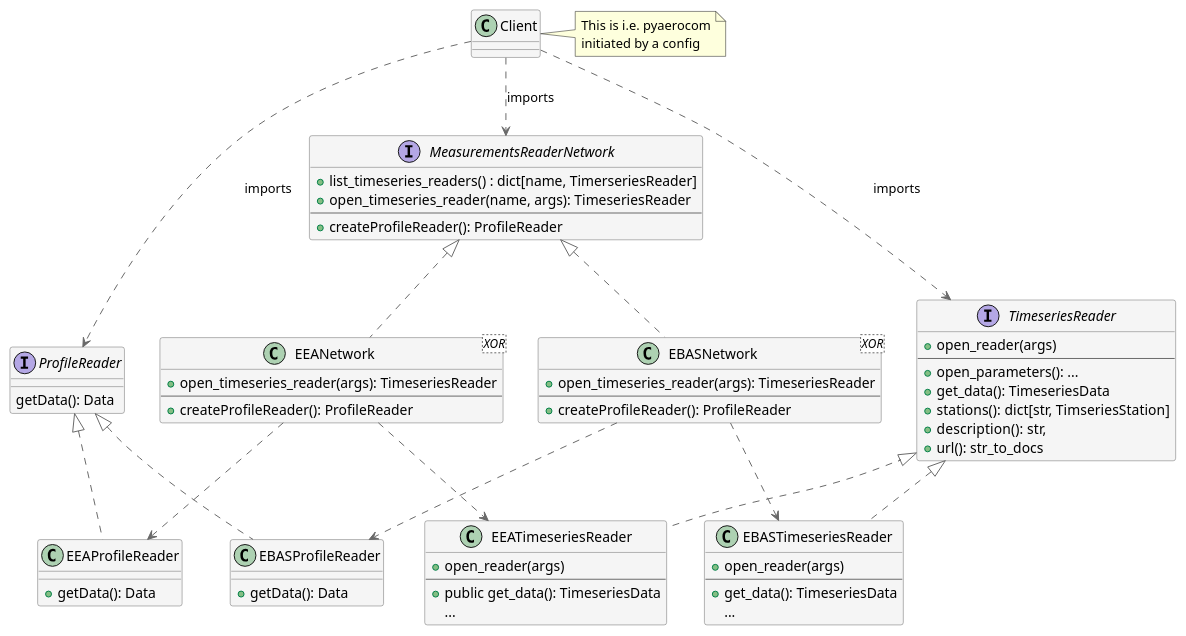
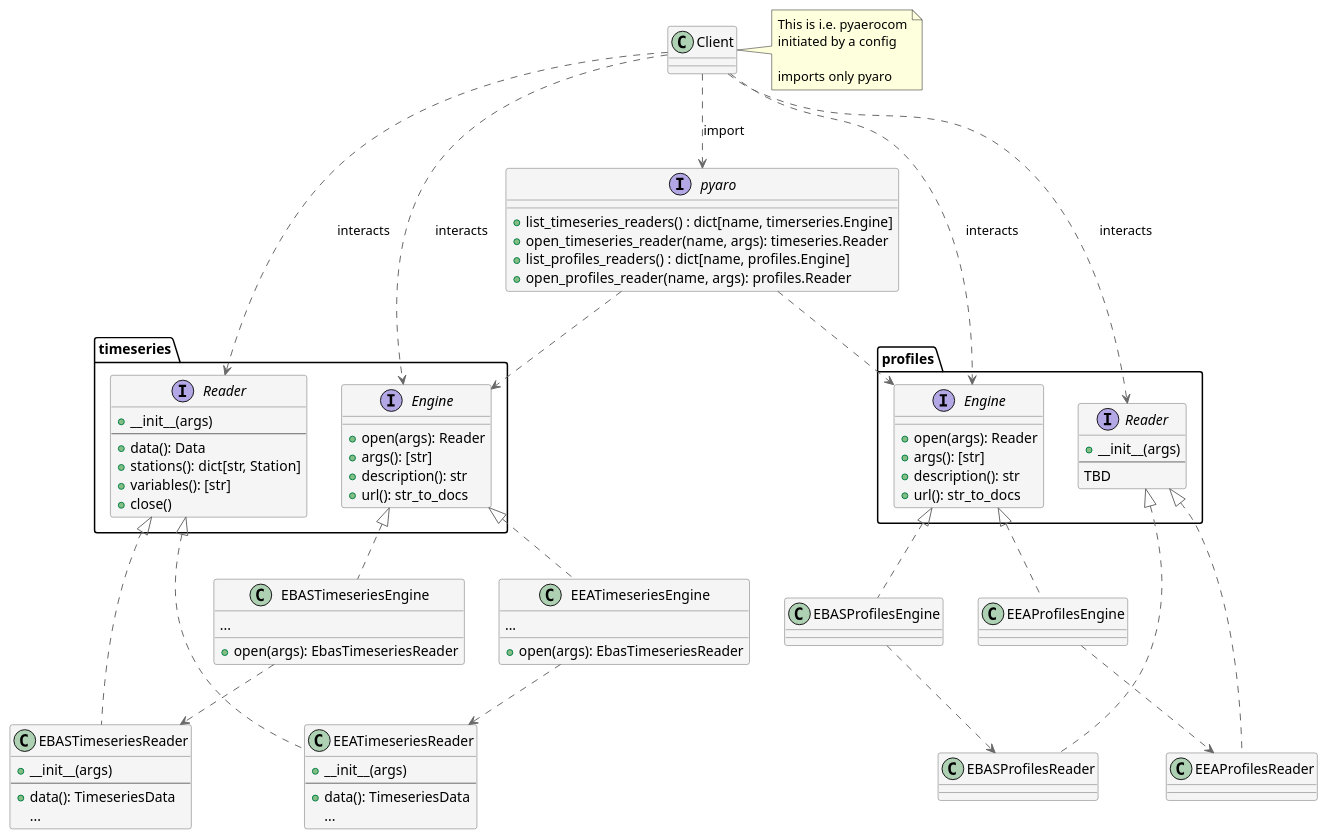
Before and after one commit to metno/pyaro: the diagram in docs/puml/ReaderFactory.puml, drawn with PlantUML. The commit also changed 5 other files, not shown here.

```diff
--- a/docs/puml/ReaderFactory.puml
+++ b/docs/puml/ReaderFactory.puml
@@ -1,94 +1,114 @@
 @startuml
 
 skinparam class {
   backgroundColor whitesmoke
   arrowColor dimgrey
   borderColor dimgrey
 }
 
 ' Abstract Factory Patter
 ' Factory -> MeasurementNetwork
 
 class Client
 note right of Client
 This is i.e. pyaerocom
 initiated by a config
+
+imports only pyaro
 end note
 
-interface MeasurementsReaderNetwork {
-  + list_timeseries_readers() : dict[name, TimerseriesReader]
-  + open_timeseries_reader(name, args): TimeseriesReader
-  --
-  + createProfileReader(): ProfileReader
+interface pyaro {
+  + list_timeseries_readers() : dict[name, timerseries.Engine]
+  + open_timeseries_reader(name, args): timeseries.Reader
+  + list_profiles_readers() : dict[name, profiles.Engine]
+  + open_profiles_reader(name, args): profiles.Reader
 }
 
-class EBASNetwork <XOR> {
-  + open_timeseries_reader(args): TimeseriesReader
-  --
-  + createProfileReader(): ProfileReader
-}
-
-class EEANetwork <XOR> {
-  + open_timeseries_reader(args): TimeseriesReader
-  --
-  + createProfileReader(): ProfileReader
-}
-
-interface TimeseriesReader {
-  + open_reader(args)
-  --
-  + open_parameters(): ...
-  + get_data(): TimeseriesData
-  + stations(): dict[str, TimseriesStation]
-  + description(): str,
+interface timeseries.Engine {
+  + open(args): Reader
+  + args(): [str]
+  + description(): str
   + url(): str_to_docs
 }
 
+class EBASTimeseriesEngine {
+  + open(args): EbasTimeseriesReader
+  ...
+}
+
+class EEATimeseriesEngine {
+  + open(args): EbasTimeseriesReader
+  ...
+}
+
+interface timeseries.Reader {
+  + __init__(args)
+  --
+  + data(): Data
+  + stations(): dict[str, Station]
+  + variables(): [str]
+  + close()
+}
+
 class EBASTimeseriesReader {
-  + open_reader(args)
+  + __init__(args)
   --
-  + get_data(): TimeseriesData
+  + data(): TimeseriesData
   ...
 }
 
 class EEATimeseriesReader {
-  + open_reader(args)
+  + __init__(args)
   --
-  + public get_data(): TimeseriesData
+  + data(): TimeseriesData
   ...
 }
 
-interface ProfileReader {
-  getData(): Data
+interface profiles.Engine {
+  + open(args): Reader
+  + args(): [str]
+  + description(): str
+  + url(): str_to_docs
 }
 
-class EBASProfileReader {
-  +   getData(): Data
+interface profiles.Reader {
+  + __init__(args)
+  --
+  TBD
 }
 
-class EEAProfileReader {
-  +   getData(): Data
+class EBASProfilesReader {
 }
 
-MeasurementsReaderNetwork <|.. EBASNetwork
-MeasurementsReaderNetwork <|.. EEANetwork
+class EEAProfilesReader {
+}
 
-TimeseriesReader <|.. EBASTimeseriesReader
-TimeseriesReader <|.. EEATimeseriesReader
+timeseries.Engine <|.. EBASTimeseriesEngine
+timeseries.Engine <|.. EEATimeseriesEngine
 
-ProfileReader <|.. EBASProfileReader
-ProfileReader <|.. EEAProfileReader
+timeseries.Reader <|.. EBASTimeseriesReader
+timeseries.Reader <|.. EEATimeseriesReader
+
+profiles.Engine <|.. EBASProfilesEngine
+profiles.Engine <|.. EEAProfilesEngine
+
+profiles.Reader <|.. EBASProfilesReader
+profiles.Reader <|.. EEAProfilesReader
 
 
-EEANetwork ..> EEAProfileReader
-EEANetwork ..> EEATimeseriesReader
+EEAProfilesEngine ..> EEAProfilesReader
+EEATimeseriesEngine ..> EEATimeseriesReader
 
-EBASNetwork ..> EBASProfileReader
-EBASNetwork ..> EBASTimeseriesReader
+EBASProfilesEngine ..> EBASProfilesReader
+EBASTimeseriesEngine ..> EBASTimeseriesReader
 
-Client ..> MeasurementsReaderNetwork: imports
-Client ..> TimeseriesReader : imports
-Client ..> ProfileReader : imports
+Client ..> pyaro: import
+pyaro ..> timeseries.Engine
+pyaro ..> profiles.Engine
+Client ..> timeseries.Engine: interacts
+Client ..> timeseries.Reader : interacts
+Client ..> profiles.Engine : interacts
+Client ..> profiles.Reader : interacts
 
 
 @enduml
```
